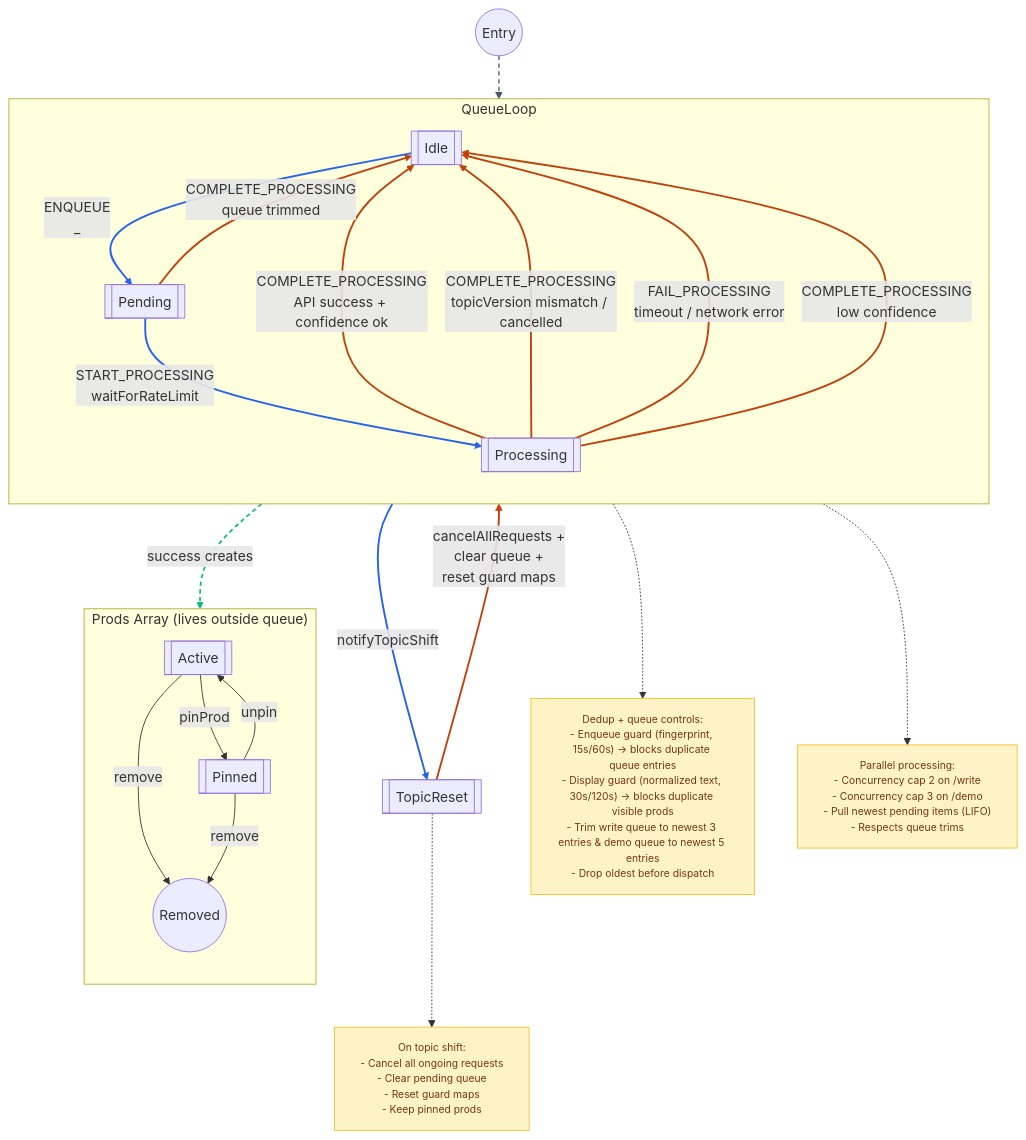
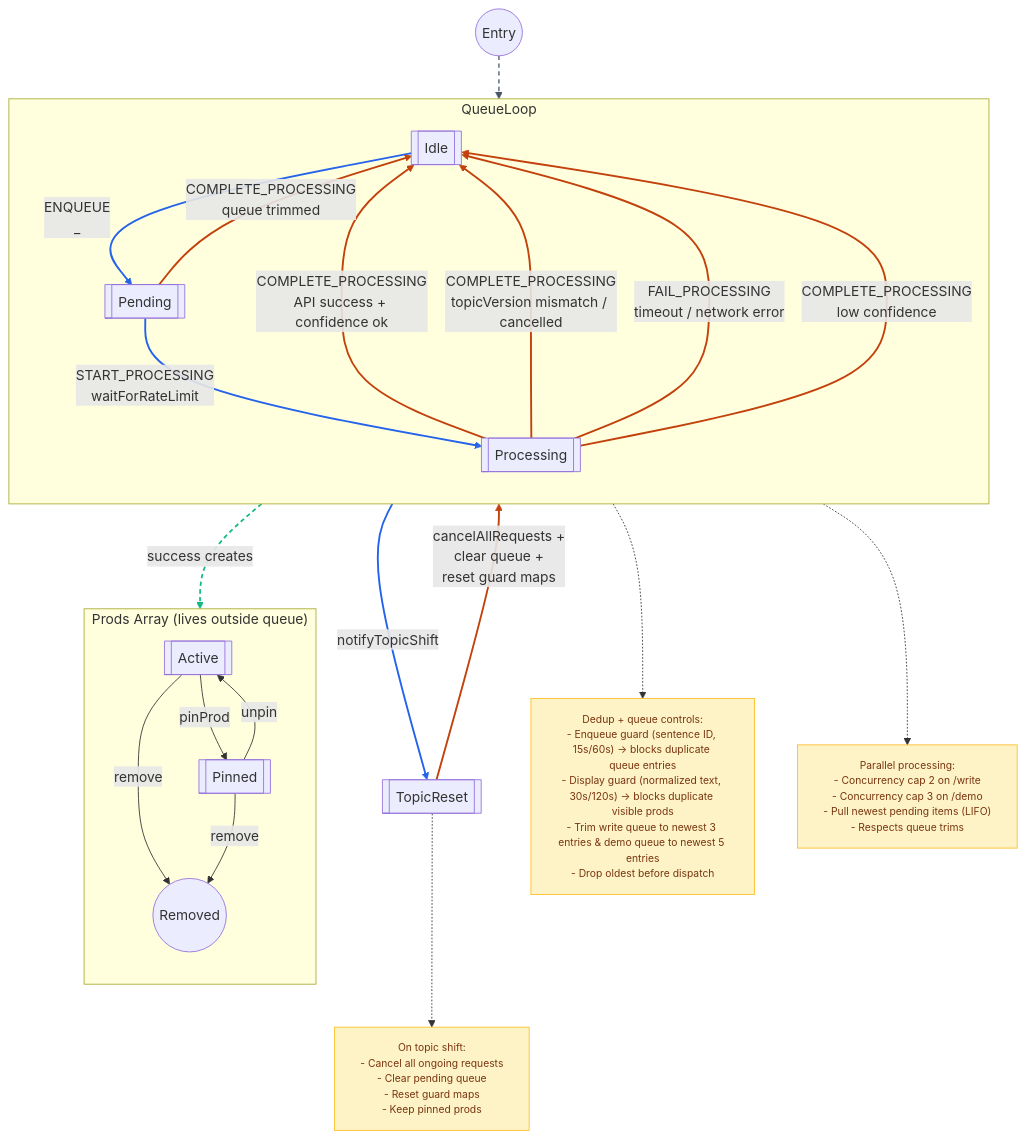
The diagram in docs/diagrams/prod-queue.mmd (andreicstoica/refract), drawn with Mermaid before and after one commit. The commit also changed 7 other files, not shown here.

```diff
--- a/docs/diagrams/prod-queue.mmd
+++ b/docs/diagrams/prod-queue.mmd
@@ -1,51 +1,51 @@
 flowchart TB
   classDef note fill:#fef3c7,color:#78350f,stroke:#fbbf24,font-size:12px;
 
   subgraph QueueLoop [QueueLoop]
     direction TB
     Idle[[Idle]]
     Pending[[Pending]]
     Processing[[Processing]]
   end
 
   TopicReset[[TopicReset]]
 
   Entry((Entry)) --> Idle
   Idle -->|ENQUEUE<br>_| Pending
   Pending -->|COMPLETE_PROCESSING<br>queue trimmed| Idle
   Pending -->|START_PROCESSING<br>waitForRateLimit| Processing
   Processing -->|COMPLETE_PROCESSING<br>API success + confidence ok| Idle
   Processing -->|COMPLETE_PROCESSING<br>topicVersion mismatch / cancelled| Idle
   Processing -->|FAIL_PROCESSING<br>timeout / network error| Idle
   Processing -->|COMPLETE_PROCESSING<br>low confidence| Idle
   Idle -->|notifyTopicShift| TopicReset
   TopicReset -->|cancelAllRequests +<br>clear queue +<br>reset guard maps| Idle
   Processing -.->|success creates| ProdsActive
 
   linkStyle 0 stroke:#475569,stroke-width:1.5px,stroke-dasharray:5 4;
   linkStyle 1 stroke:#2563eb,stroke-width:2.2px;
   linkStyle 2 stroke:#c2410c,stroke-width:2.2px;
   linkStyle 3 stroke:#2563eb,stroke-width:2.2px;
   linkStyle 4 stroke:#c2410c,stroke-width:2.2px;
   linkStyle 5 stroke:#c2410c,stroke-width:2.2px;
   linkStyle 6 stroke:#c2410c,stroke-width:2.2px;
   linkStyle 7 stroke:#c2410c,stroke-width:2.2px;
   linkStyle 8 stroke:#2563eb,stroke-width:2.2px;
   linkStyle 9 stroke:#c2410c,stroke-width:2.2px;
   linkStyle 10 stroke:#10b981,stroke-width:2px,stroke-dasharray:5 4;
 
-  Pending -.-> PendingNote["Dedup + queue controls:<br>- Enqueue guard (fingerprint, 15s/60s) → blocks duplicate queue entries<br>- Display guard (normalized text, 30s/120s) → blocks duplicate visible prods<br>- Trim write queue to newest 3 entries & demo queue to newest 5 entries<br>- Drop oldest before dispatch"]:::note
+  Pending -.-> PendingNote["Dedup + queue controls:<br>- Enqueue guard (sentence ID, 15s/60s) → blocks duplicate queue entries<br>- Display guard (normalized text, 30s/120s) → blocks duplicate visible prods<br>- Trim write queue to newest 3 entries & demo queue to newest 5 entries<br>- Drop oldest before dispatch"]:::note
   
   Processing -.-> ProcessingNote["Parallel processing:<br>- Concurrency cap 2 on /write<br>- Concurrency cap 3 on /demo<br>- Pull newest pending items (LIFO)<br>- Respects queue trims"]:::note
   
   TopicReset -.-> TopicNote["On topic shift:<br>- Cancel all ongoing requests<br>- Clear pending queue<br>- Reset guard maps<br>- Keep pinned prods"]:::note
 
   subgraph ProdsArray ["Prods Array (lives outside queue)"]
     direction TB
     ProdsActive[[Active]]
     ProdsPinned[[Pinned]]
     ProdsActive -->|pinProd| ProdsPinned
     ProdsPinned -->|unpin| ProdsActive
     ProdsActive -->|remove| ProdsEnd((Removed))
     ProdsPinned -->|remove| ProdsEnd
   end
```
